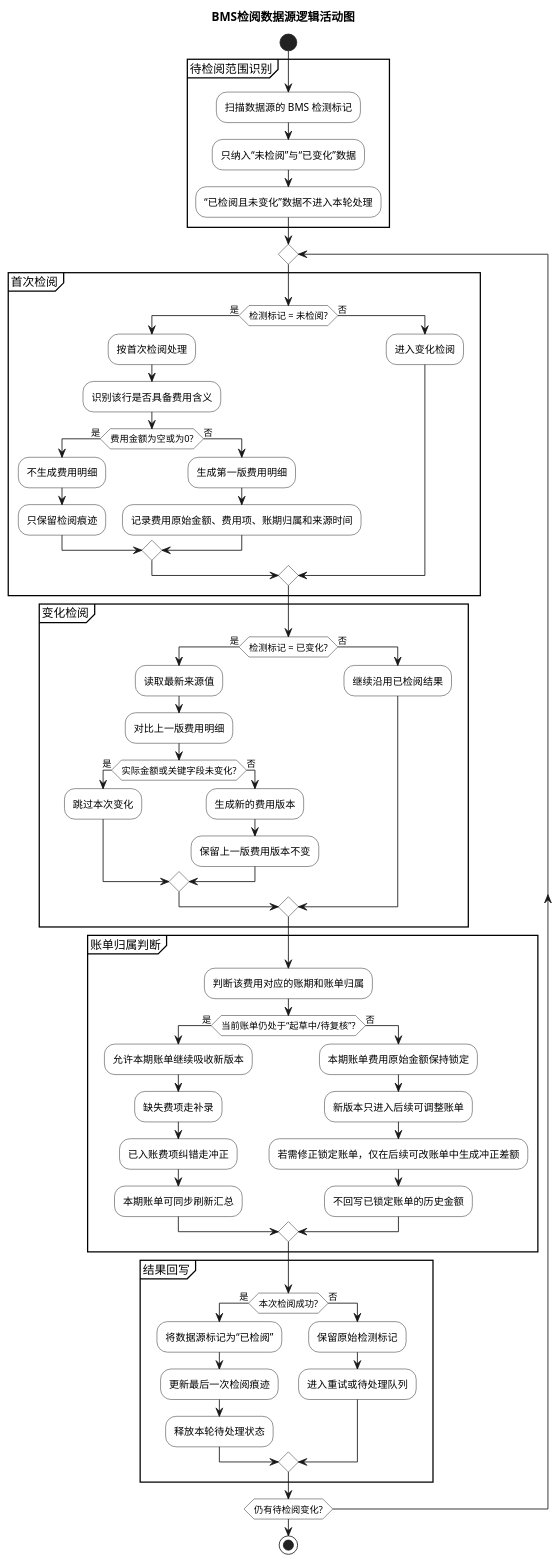
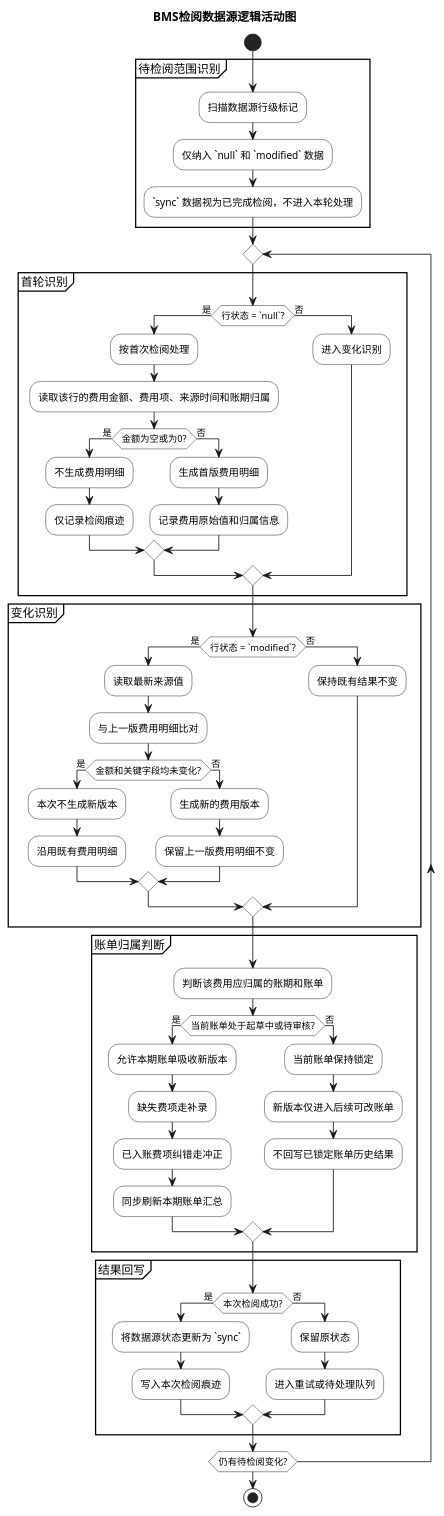
Before and after one commit to jack888332/projects-doc: the seventh of 7 diagrams in product-caliber/bms/prd/账单生成机制.PRD.md, drawn with PlantUML. The commit also changed other lines of this file, not shown here.

````diff
--- a/product-caliber/bms/prd/账单生成机制.PRD.md
+++ b/product-caliber/bms/prd/账单生成机制.PRD.md
@@ -1245,80 +1190,72 @@
 ```plantuml
 @startuml
 title BMS检阅数据源逻辑活动图
 skinparam shadowing false
 skinparam DefaultTextAlignment center
 skinparam activity {
   BackgroundColor White
   BorderColor Black
 }
-
 start
-
 partition "待检阅范围识别" {
-  :扫描数据源的 BMS 检测标记;
-  :只纳入“未检阅”与“已变化”数据;
-  :“已检阅且未变化”数据不进入本轮处理;
+  :扫描数据源行级标记;
+  :仅纳入 `null` 和 `modified` 数据;
+  :`sync` 数据视为已完成检阅，不进入本轮处理;
 }
-
 repeat
-  partition "首次检阅" {
-    if (检测标记 = 未检阅?) then (是)
+  partition "首轮识别" {
+    if (行状态 = `null`?) then (是)
       :按首次检阅处理;
-      :识别该行是否具备费用含义;
-      if (费用金额为空或为0?) then (是)
+      :读取该行的费用金额、费用项、来源时间和账期归属;
+      if (金额为空或为0?) then (是)
         :不生成费用明细;
-        :只保留检阅痕迹;
+        :仅记录检阅痕迹;
       else (否)
-        :生成第一版费用明细;
-        :记录费用原始金额、费用项、账期归属和来源时间;
+        :生成首版费用明细;
+        :记录费用原始值和归属信息;
       endif
     else (否)
-      :进入变化检阅;
+      :进入变化识别;
     endif
   }
-
-  partition "变化检阅" {
-    if (检测标记 = 已变化?) then (是)
+  partition "变化识别" {
+    if (行状态 = `modified`?) then (是)
       :读取最新来源值;
-      :对比上一版费用明细;
-      if (实际金额或关键字段未变化?) then (是)
-        :跳过本次变化;
+      :与上一版费用明细比对;
+      if (金额和关键字段均未变化?) then (是)
+        :本次不生成新版本;
+        :沿用既有费用明细;
       else (否)
         :生成新的费用版本;
-        :保留上一版费用版本不变;
+        :保留上一版费用明细不变;
       endif
     else (否)
-      :继续沿用已检阅结果;
+      :保持既有结果不变;
     endif
   }
-
   partition "账单归属判断" {
-    :判断该费用对应的账期和账单归属;
-    if (当前账单仍处于“起草中/待复核”?) then (是)
-      :允许本期账单继续吸收新版本;
+    :判断该费用应归属的账期和账单;
+    if (当前账单处于起草中或待审核?) then (是)
+      :允许本期账单吸收新版本;
       :缺失费项走补录;
       :已入账费项纠错走冲正;
-      :本期账单可同步刷新汇总;
+      :同步刷新本期账单汇总;
     else (否)
-      :本期账单费用原始金额保持锁定;
-      :新版本只进入后续可调整账单;
-      :若需修正锁定账单，仅在后续可改账单中生成冲正差额;
-      :不回写已锁定账单的历史金额;
+      :当前账单保持锁定;
+      :新版本仅进入后续可改账单;
+      :不回写已锁定账单历史结果;
     endif
   }
-
   partition "结果回写" {
     if (本次检阅成功?) then (是)
-      :将数据源标记为“已检阅”;
-      :更新最后一次检阅痕迹;
-      :释放本轮待处理状态;
+      :将数据源状态更新为 `sync`;
+      :写入本次检阅痕迹;
     else (否)
-      :保留原始检测标记;
+      :保留原状态;
       :进入重试或待处理队列;
     endif
   }
 repeat while (仍有待检阅变化?)
-
 stop
 @enduml
 ```
````
